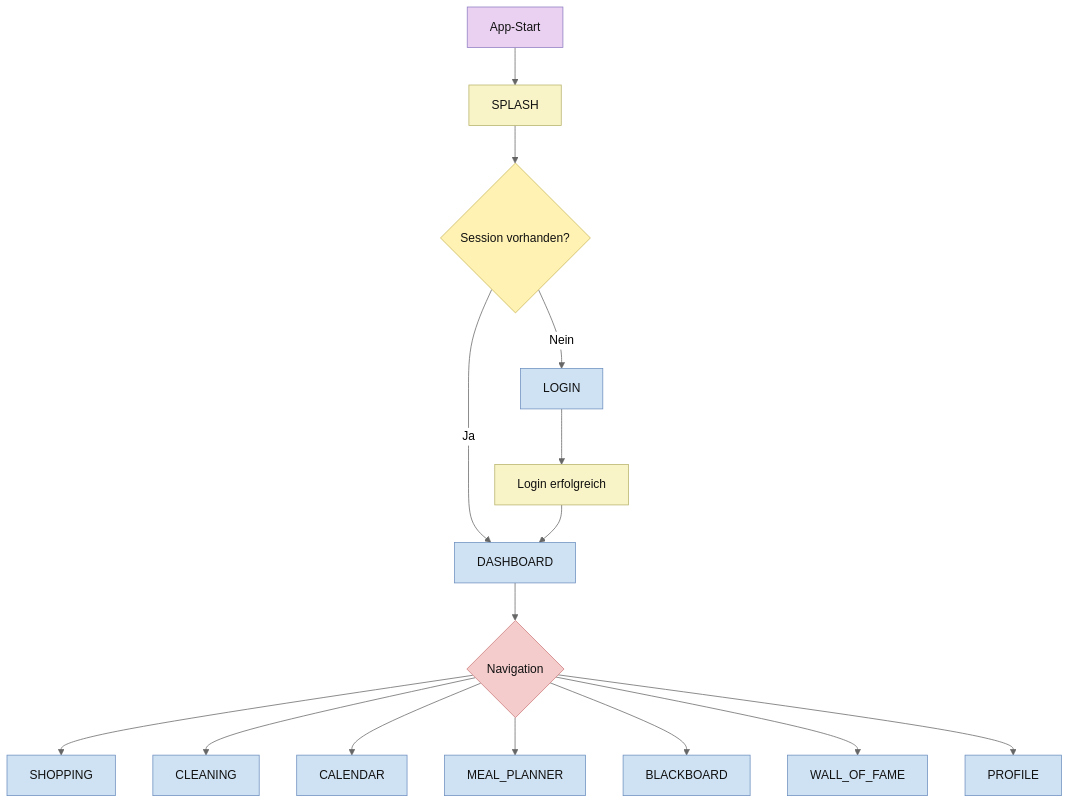
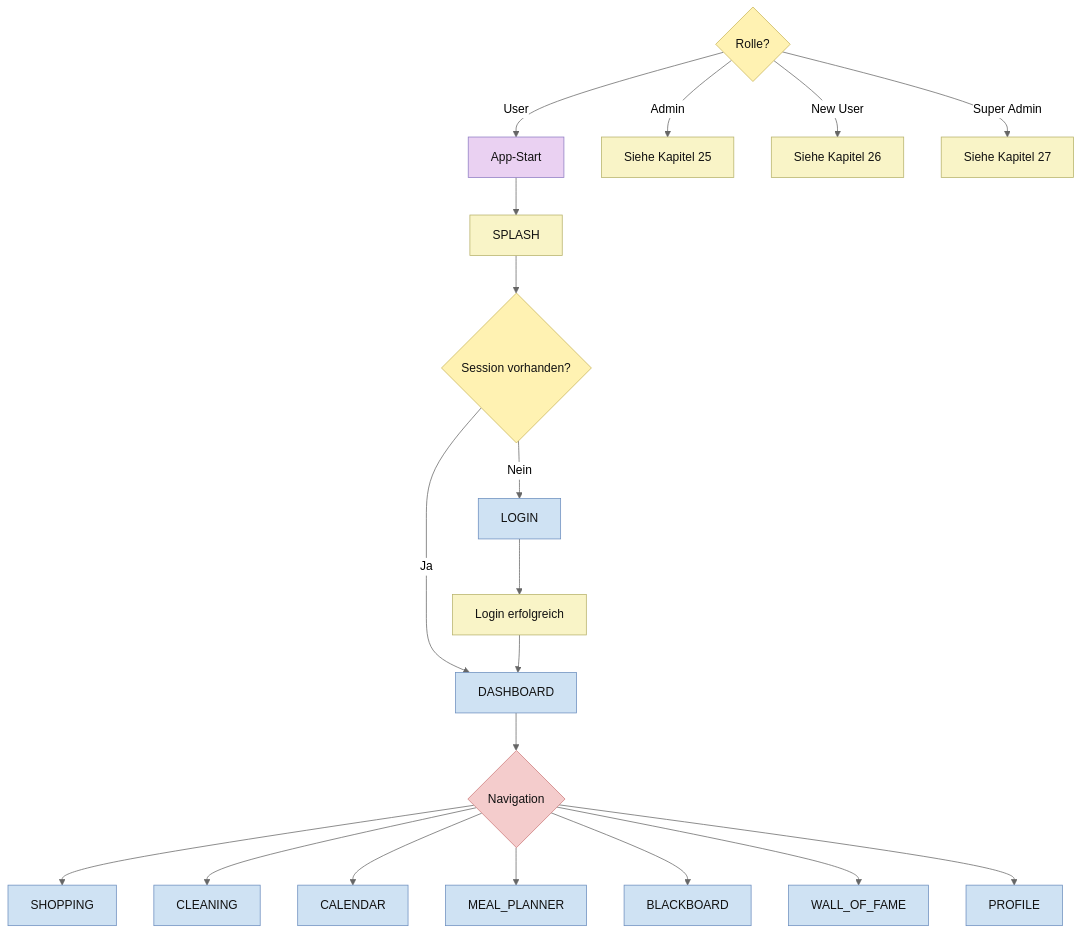
One commit to Nejy190501/WGManager changed diagram 24 of 27 in ABLAUFDIAGRAMM.md. Above: the diagram before and after it, drawn with Mermaid (neutral theme). The commit also changed other lines of this file, not shown here.

````diff
--- a/ABLAUFDIAGRAMM.md
+++ b/ABLAUFDIAGRAMM.md
@@ -1254,32 +1254,39 @@
 ```mermaid
 flowchart TD
+    RLQ{"Rolle?"}
+    RLQ -->|User| A
+    RLQ -->|Admin| RX["Siehe Kapitel 25"]
+    RLQ -->|New User| RY["Siehe Kapitel 26"]
+    RLQ -->|Super Admin| RZ["Siehe Kapitel 27"]
+
     A["App-Start"] --> B["SPLASH"]
     B --> C{"Session vorhanden?"}
     C -->|Ja| D["DASHBOARD"]
     C -->|Nein| E["LOGIN"]
     E --> F["Login erfolgreich"]
     F --> D
 
     D --> N{"Navigation"}
     N --> G["SHOPPING"]
     N --> H["CLEANING"]
     N --> I["CALENDAR"]
     N --> J["MEAL_PLANNER"]
     N --> K["BLACKBOARD"]
     N --> L["WALL_OF_FAME"]
     N --> M["PROFILE"]
 
     classDef userAction fill:#ead1f2,stroke:#8e7cc3,color:#111;
     classDef systemAction fill:#f9f4c7,stroke:#b7b26a,color:#111;
     classDef userDecision fill:#f4cccc,stroke:#cc7a7a,color:#111;
     classDef systemDecision fill:#fff2b2,stroke:#c9b458,color:#111;
     classDef button fill:#f4a6a6,stroke:#c97b7b,color:#111;
     classDef userInput fill:#f8d7da,stroke:#d49aa2,color:#111;
     classDef screen fill:#cfe2f3,stroke:#6c8ebf,color:#111;
 
     class A userAction;
     class B,F systemAction;
     class N userDecision;
-    class C systemDecision;
+    class C,RLQ systemDecision;
     class D,E,G,H,I,J,K,L,M screen;
+    class RX,RY,RZ systemAction;
 ```
````
